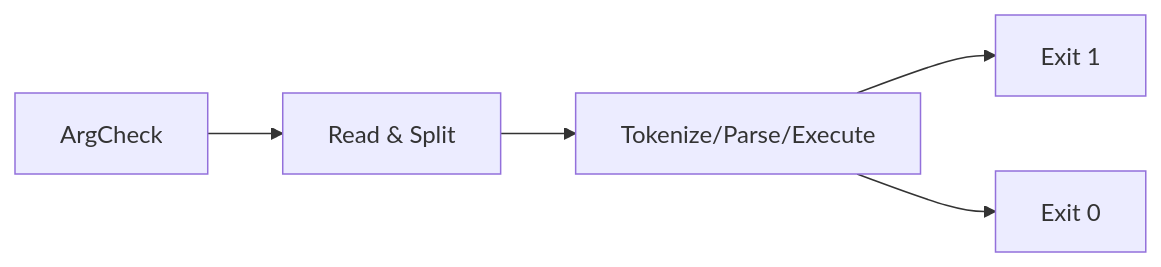
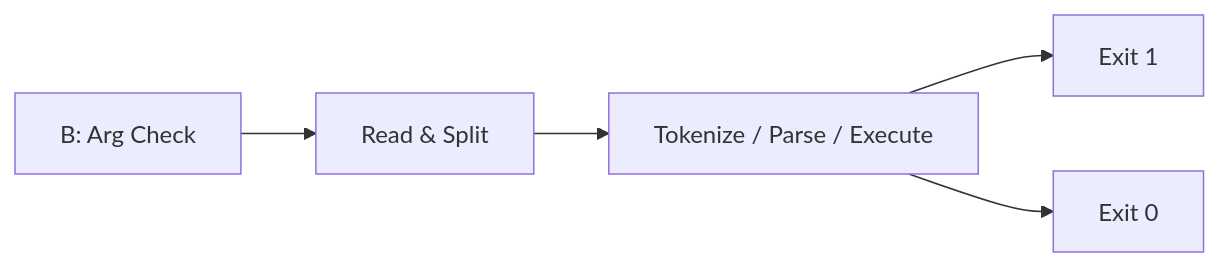
The fourth of 12 diagrams in README.md (tail1887/sql_parsor), drawn with Mermaid before and after one commit. The commit also changed other lines of this file, not shown here.

````diff
--- a/README.md
+++ b/README.md
@@ -80,7 +80,7 @@
 ```mermaid
 flowchart LR
-    b1["ArgCheck"] --> b2["Read & Split"]
-    b2 --> b3["Tokenize/Parse/Execute"]
+    b1["B: Arg Check"] --> b2["Read & Split"]
+    b2 --> b3["Tokenize / Parse / Execute"]
     b3 --> b4["Exit 1"]
     b3 --> b5["Exit 0"]
 ```
````
